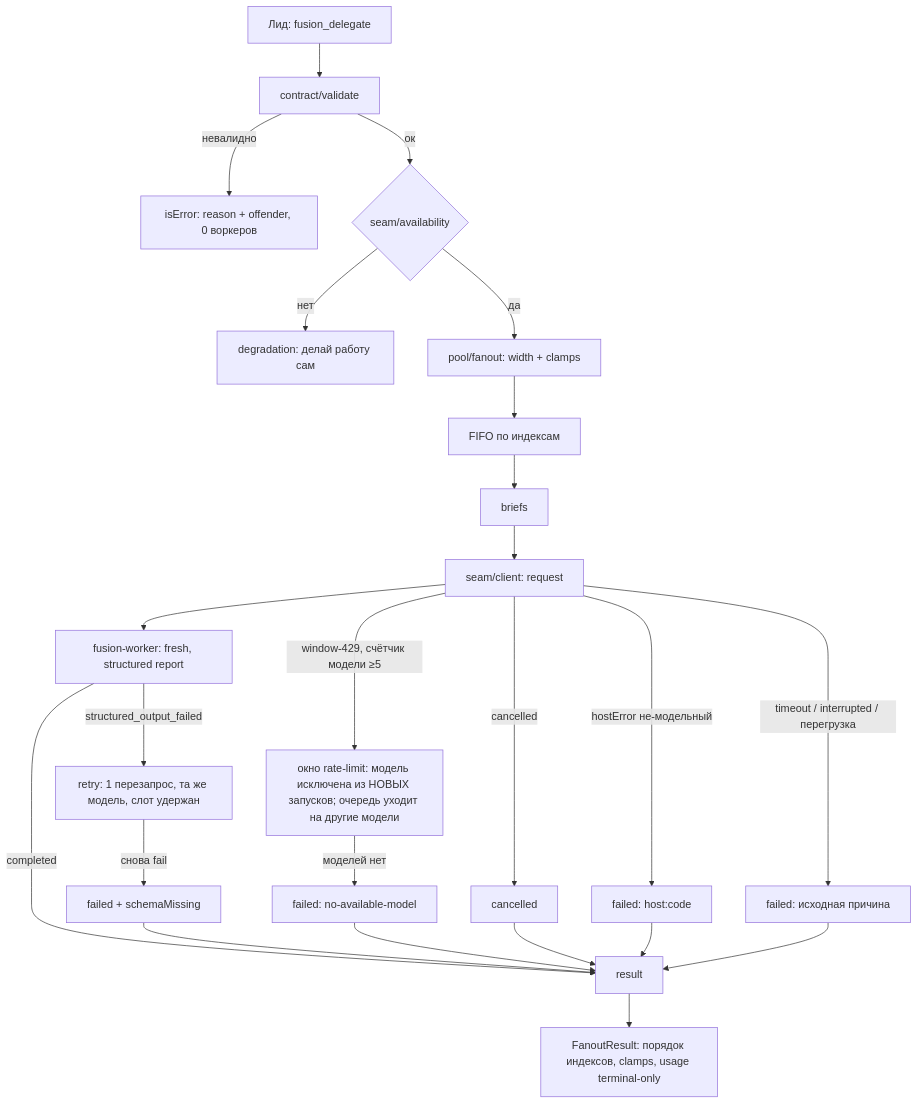
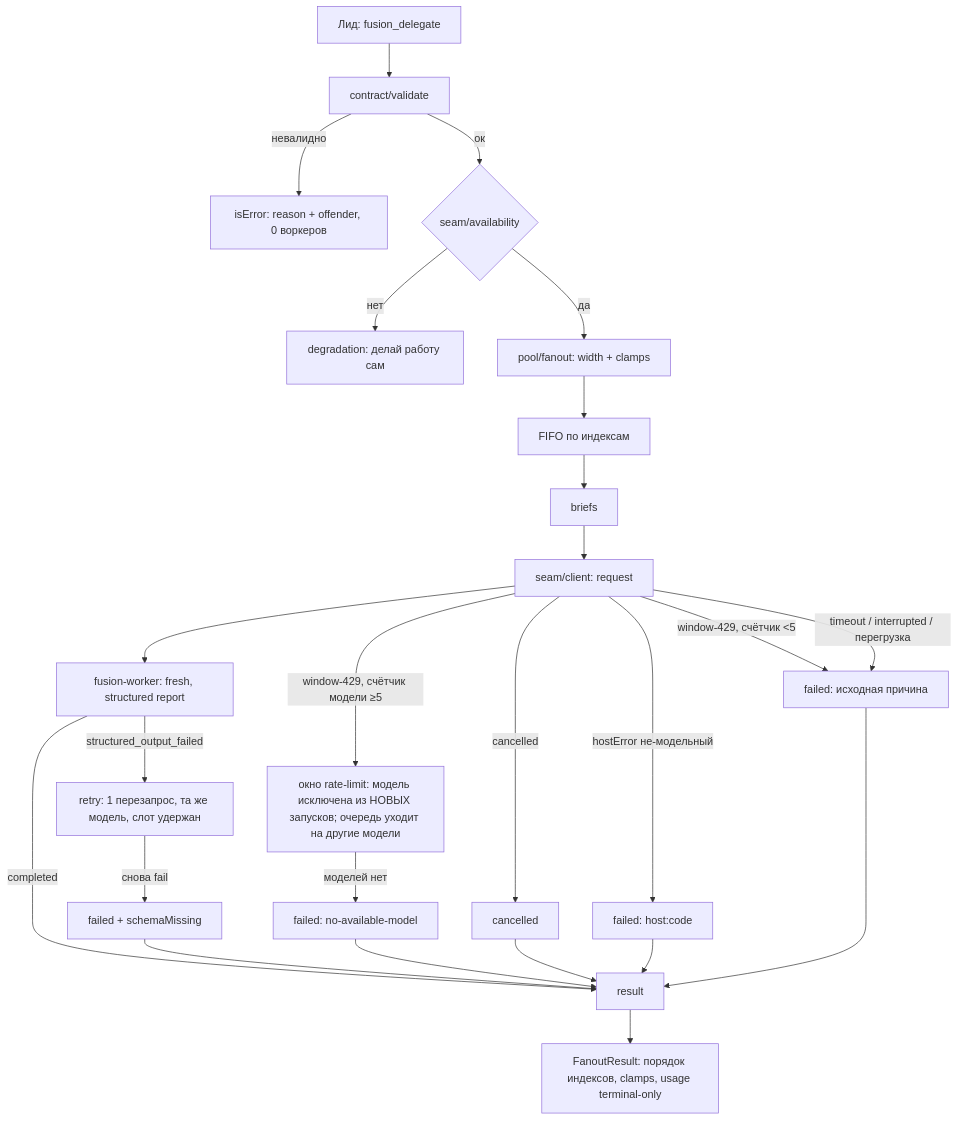
The diagram in .ai/sdd/specs/001-fanout-engine/design.md (fan92rus/pi-fusion), drawn with Mermaid before and after one commit. The commit also changed other lines of this file and 1 other file, not shown here.

````diff
--- a/.ai/sdd/specs/001-fanout-engine/design.md
+++ b/.ai/sdd/specs/001-fanout-engine/design.md
@@ -64,26 +64,27 @@
 ```mermaid
 flowchart TD
     L[Лид: fusion_delegate] --> V[contract/validate]
     V -- невалидно --> E[isError: reason + offender, 0 воркеров]
     V -- ок --> A{seam/availability}
     A -- нет --> D[degradation: делай работу сам]
     A -- да --> P[pool/fanout: width + clamps]
     P --> Q[FIFO по индексам]
     Q --> B[briefs]
     B --> C[seam/client: request]
     C --> W[fusion-worker: fresh, structured report]
     W -- structured_output_failed --> R[retry: 1 перезапрос, та же модель, слот удержан]
     R -- снова fail --> F1[failed + schemaMissing]
     W -- completed --> S[result]
     C -- window-429, счётчик модели ≥5 --> MW[окно rate-limit: модель исключена из НОВЫХ запусков; очередь уходит на другие модели]
+    C -- window-429, счётчик <5 --> F5
     MW -- моделей нет --> F2[failed: no-available-model]
     C -- timeout / interrupted / перегрузка --> F5[failed: исходная причина]
     C -- cancelled --> F3[cancelled]
     C -- hostError не-модельный --> F4[failed: host:code]
     F1 --> S
     F2 --> S
     F3 --> S
     F4 --> S
     F5 --> S
     S --> O[FanoutResult: порядок индексов, clamps, usage terminal-only]
 ```
````
